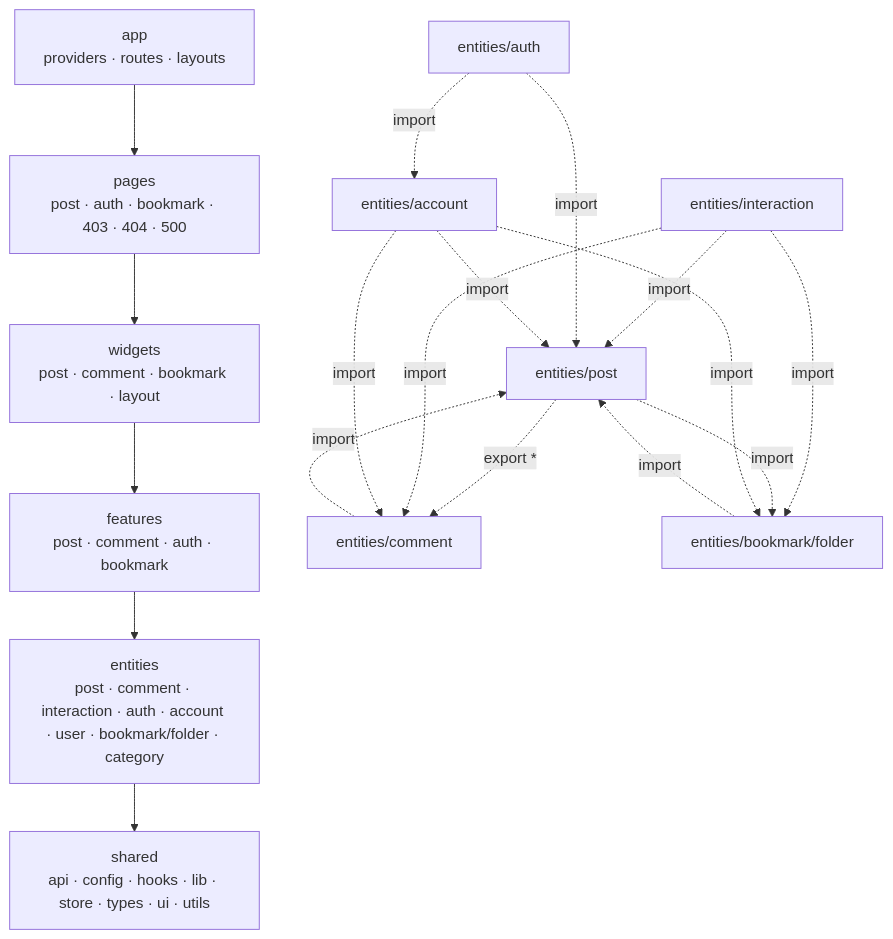
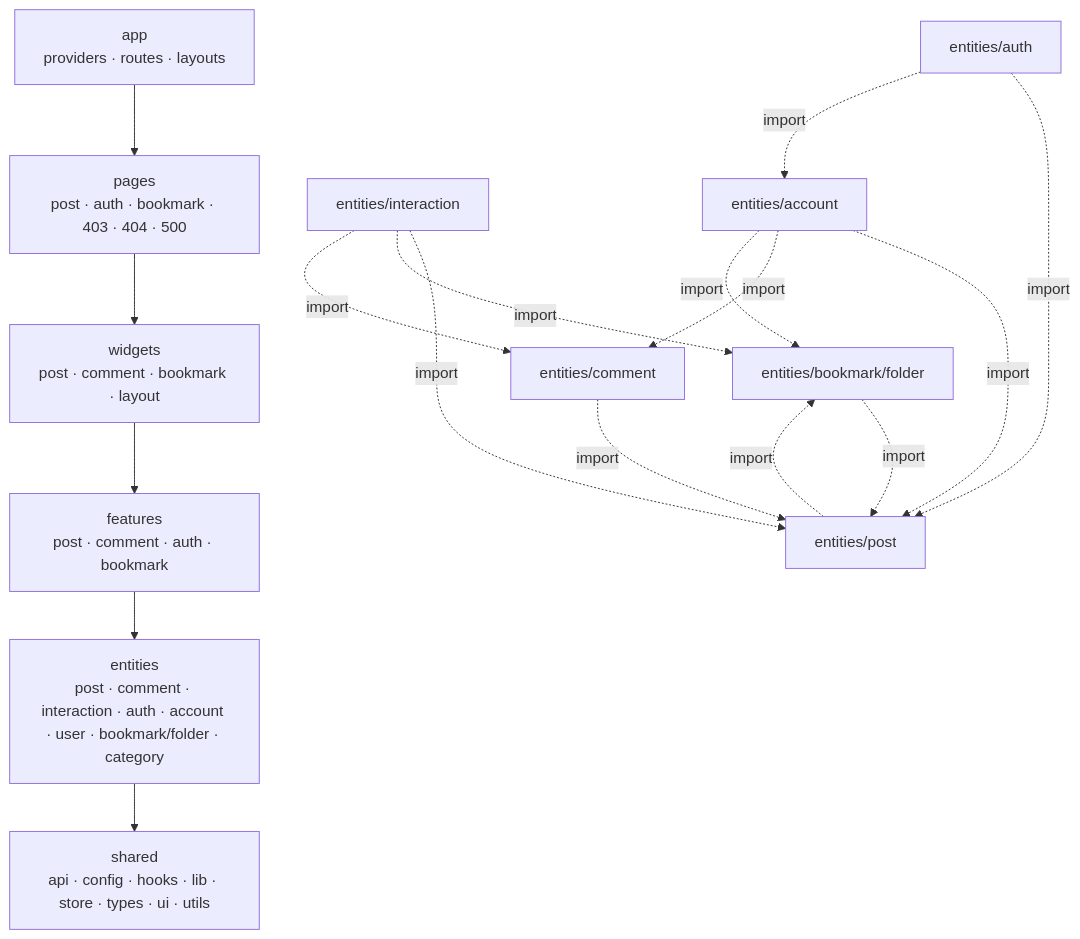
Before and after one commit to BAECHAN/link-sphere_FE_NEW: the first of 2 diagrams in docs/FE-ARCHITECTURE.md, drawn with Mermaid. The commit also changed other lines of this file and 60 other files, not shown here.

````diff
--- a/docs/FE-ARCHITECTURE.md
+++ b/docs/FE-ARCHITECTURE.md
@@ -58,21 +59,20 @@
 ```mermaid
 flowchart TD
   App["app<br/>providers · routes · layouts"] --> Pages["pages<br/>post · auth · bookmark · 403 · 404 · 500"]
   Pages --> Widgets["widgets<br/>post · comment · bookmark · layout"]
   Widgets --> Features["features<br/>post · comment · auth · bookmark"]
   Features --> Entities["entities<br/>post · comment · interaction · auth · account · user · bookmark/folder · category"]
   Entities --> Shared["shared<br/>api · config · hooks · lib · store · types · ui · utils"]
 
-  EPost["entities/post"] -.export *.-> EComment["entities/comment"]
-  EFolder["entities/bookmark/folder"] -.import.-> EPost
-  EComment -.import.-> EPost
+  EFolder["entities/bookmark/folder"] -.import.-> EPost["entities/post"]
+  EComment["entities/comment"] -.import.-> EPost
   EInteraction["entities/interaction"] -.import.-> EPost
   EInteraction -.import.-> EFolder
   EInteraction -.import.-> EComment
   EPost -.import.-> EFolder
   EAuth["entities/auth"] -.import.-> EPost
   EAuth -.import.-> EAccount["entities/account"]
   EAccount -.import.-> EPost
   EAccount -.import.-> EComment
   EAccount -.import.-> EFolder
 ```
````
